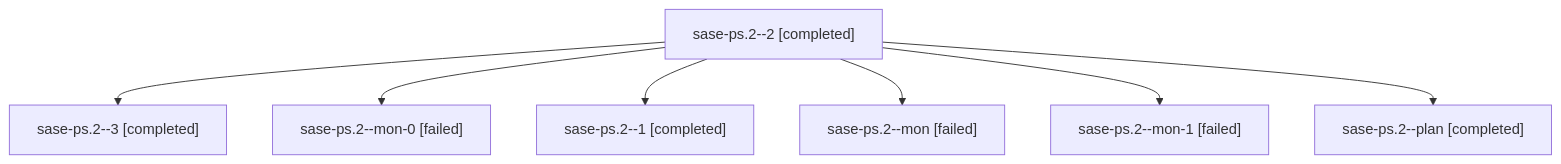
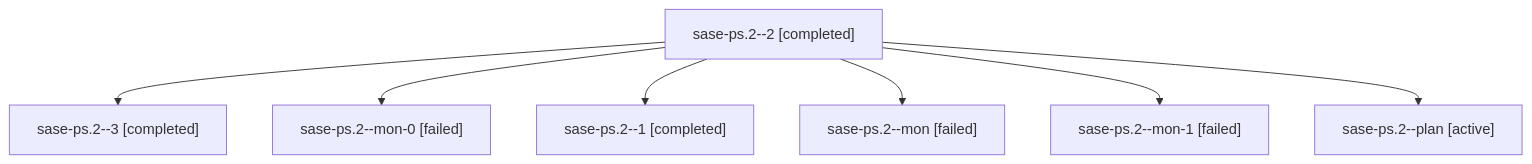
Before and after one commit to sase-org/sase--agents: the diagram in families/bbugyi200.athena.sase-ps.2.md, drawn with Mermaid. The commit also changed other lines of this file and 35830 other files, not shown here.

````diff
--- a/families/bbugyi200.athena.sase-ps.2.md
+++ b/families/bbugyi200.athena.sase-ps.2.md
@@ -9,16 +9,16 @@
 ```mermaid
 flowchart TD
   n0["sase-ps.2--2 [completed]"]
   n1["sase-ps.2--3 [completed]"]
   n0 --> n1
   n2["sase-ps.2--mon-0 [failed]"]
   n0 --> n2
   n3["sase-ps.2--1 [completed]"]
   n0 --> n3
   n4["sase-ps.2--mon [failed]"]
   n0 --> n4
   n5["sase-ps.2--mon-1 [failed]"]
   n0 --> n5
-  n6["sase-ps.2--plan [completed]"]
+  n6["sase-ps.2--plan [active]"]
   n0 --> n6
 ```
````
